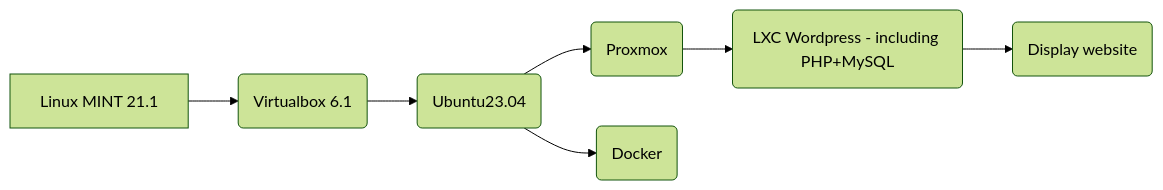
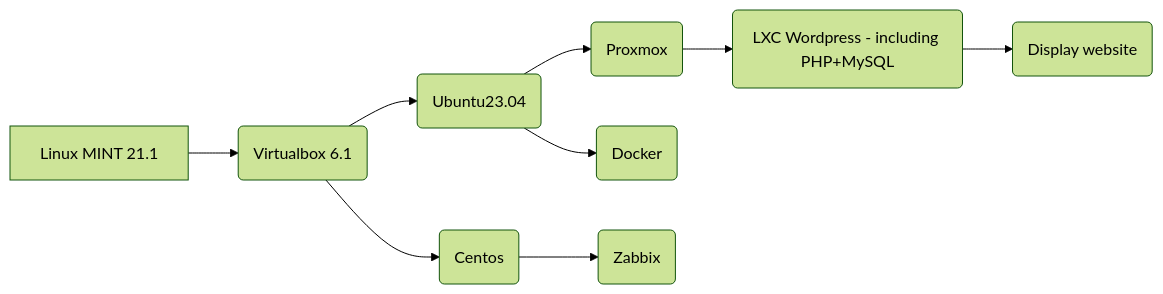
Before and after one commit to DanyAAD90/DevOps_junior_Wordpress: the diagram in Project.md, drawn with Mermaid (forest theme).

````diff
--- a/Project.md
+++ b/Project.md
@@ -3,9 +3,11 @@
 ```mermaid
 graph LR
 A[Linux MINT 21.1] --> B(Virtualbox 6.1)
 B --> C(Ubuntu23.04)
 C --> D(Proxmox)
 D --> E(LXC Wordpress - including PHP+MySQL)
 E --> G(Display website)
 C --> F(Docker)
+B --> H(Centos)
+H --> I(Zabbix)
 ```
````
